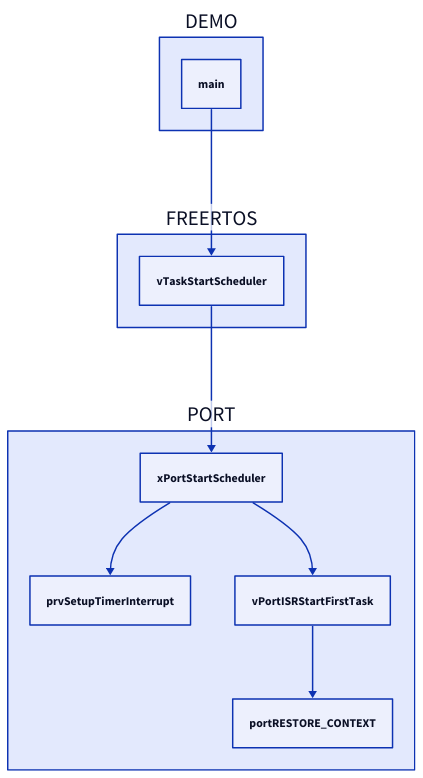
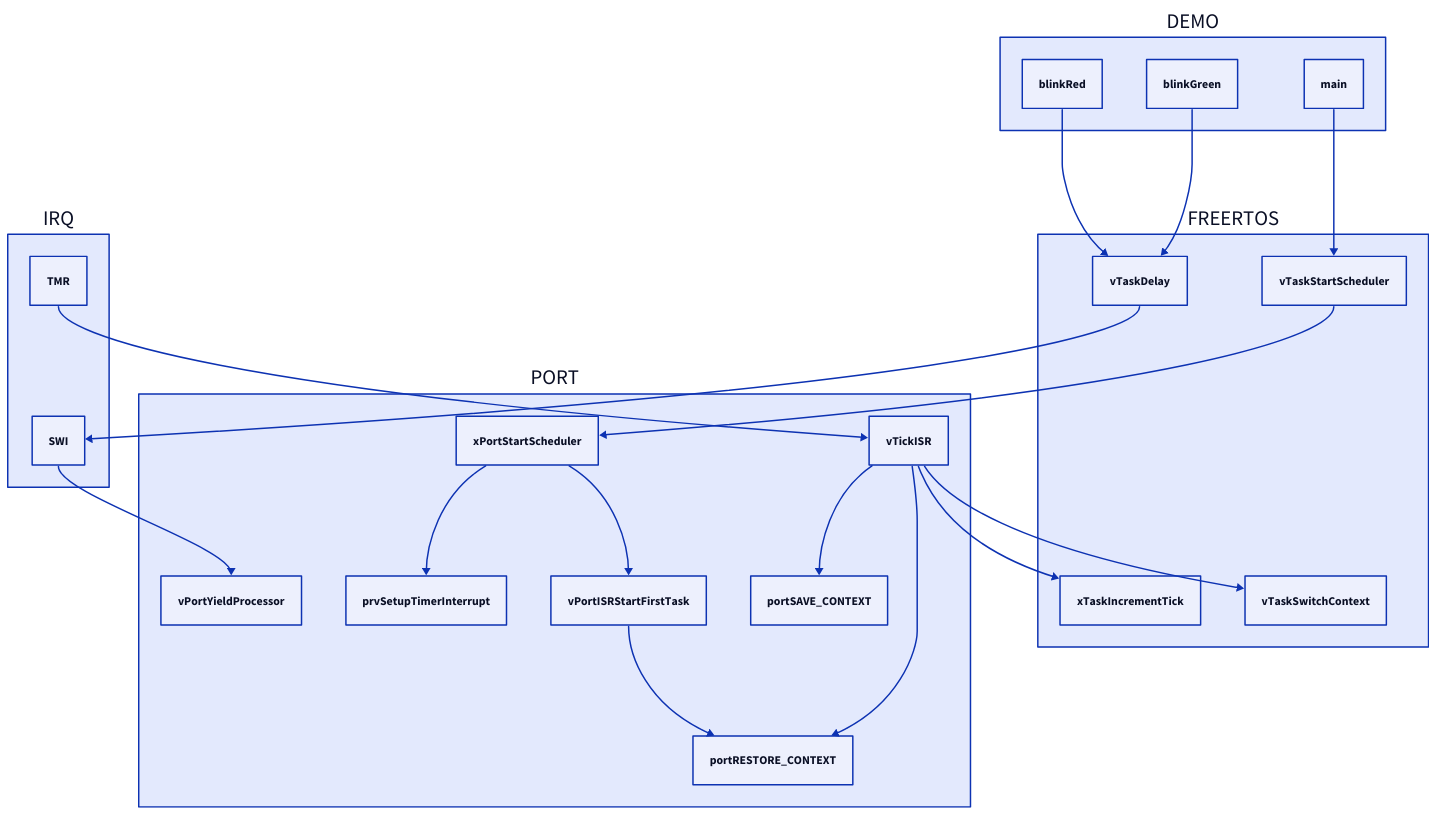
The diagram in FreeRTOS/funciones.d2 (epaubert/FreeRTOS-TFG), drawn with D2 before and after one commit. The commit also changed other lines of this file and 6 other files, not shown here.

Commit message:
Funcionan los ticks pero no se vuelve a llamar a blinkRed

```diff
--- a/FreeRTOS/funciones.d2
+++ b/FreeRTOS/funciones.d2
@@ -1,5 +1,38 @@
+DEMO {
+    main
+    blinkRed
+    blinkGreen
+}
+IRQ{
+    SWI -> _.PORT.vPortYieldProcessor
+    TMR -> _.PORT.vTickISR
+}
+
+FREERTOS{
+vTaskStartScheduler
+}
+
+PORT {
+xPortStartScheduler
+prvSetupTimerInterrupt
+vPortISRStartFirstTask
+portSAVE_CONTEXT
+portRESTORE_CONTEXT
+vTickISR
+vPortYieldProcessor
+}
+
 DEMO.main -> FREERTOS.vTaskStartScheduler
 FREERTOS.vTaskStartScheduler -> PORT.xPortStartScheduler
 PORT.xPortStartScheduler -> PORT.prvSetupTimerInterrupt
 PORT.xPortStartScheduler -> PORT.vPortISRStartFirstTask
 PORT.vPortISRStartFirstTask -> PORT.portRESTORE_CONTEXT
+
+PORT.vTickISR -> PORT.portSAVE_CONTEXT
+PORT.vTickISR -> PORT.portRESTORE_CONTEXT
+PORT.vTickISR -> FREERTOS.xTaskIncrementTick
+PORT.vTickISR -> FREERTOS.vTaskSwitchContext
+
+DEMO.blinkRed -> FREERTOS.vTaskDelay
+DEMO.blinkGreen -> FREERTOS.vTaskDelay
+FREERTOS.vTaskDelay -> IRQ.SWI
```
